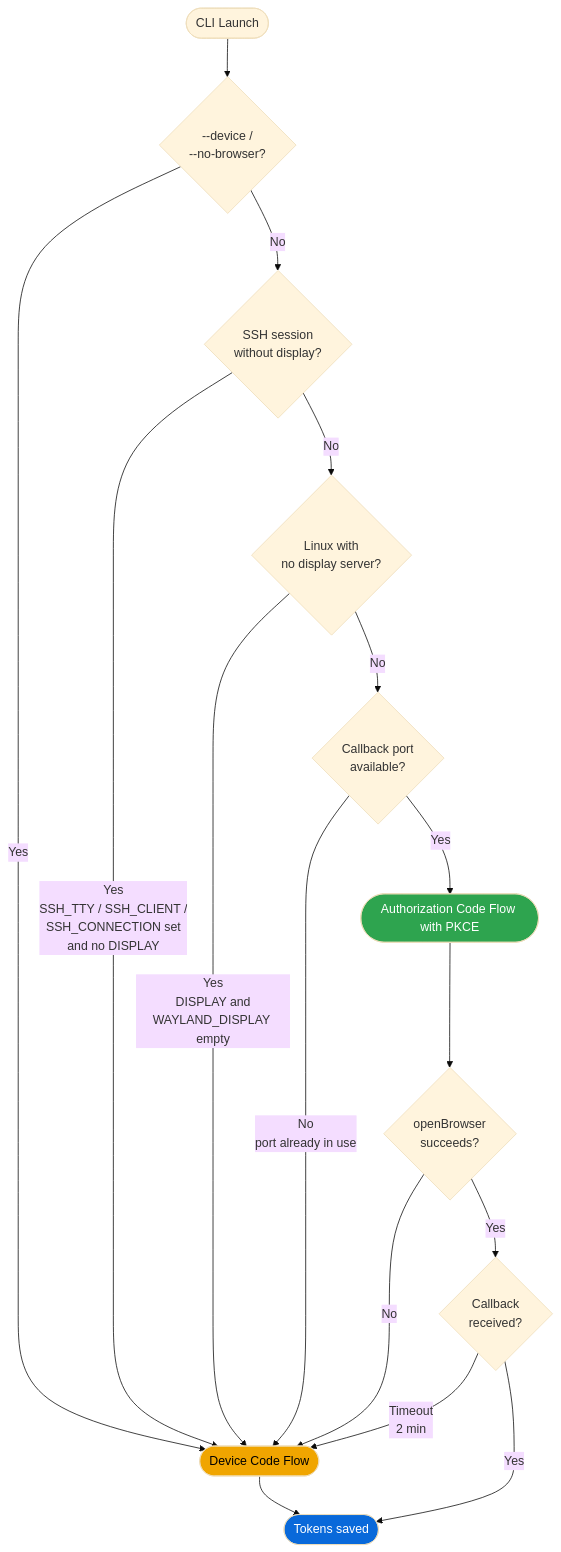
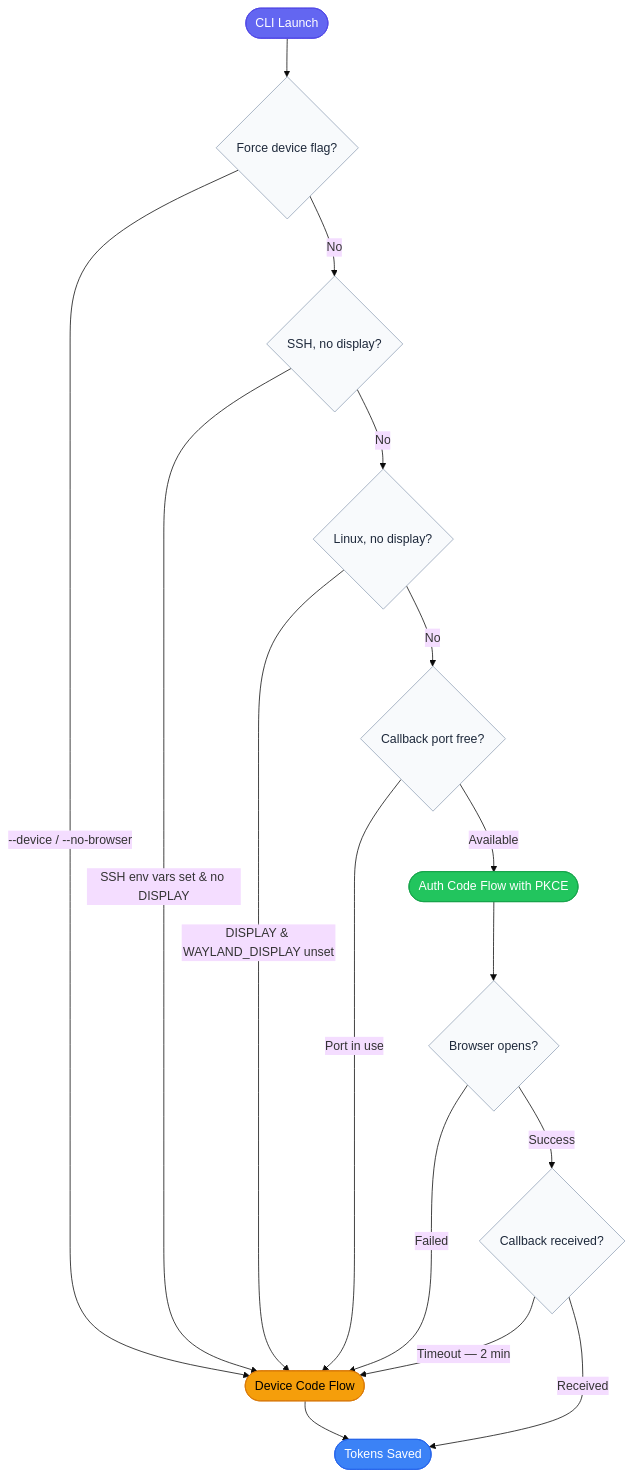
Before and after one commit to go-authgate/cli: the diagram in README.md, drawn with Mermaid (base theme). The commit also changed other lines of this file, not shown here.

Commit message:
docs: redesign project docs and flowchart for improved clarity
- Rename project header to "Authgate CLI"
- Redesign the mermaid flowchart with color-coded nodes and improved labeling for clarity
- Refactor decision points in the flowchart to be more explicit and organized
- Add visual styles and callbacks for clearer logic flow between device code and authorization code paths

````diff
--- a/README.md
+++ b/README.md
@@ -10,28 +10,31 @@
 ```mermaid
 flowchart TD
-    A([CLI Launch]) --> B{--device /\n--no-browser?}
+    classDef start   fill:#6366f1,color:#fff,stroke:#4f46e5
+    classDef pkce    fill:#22c55e,color:#fff,stroke:#16a34a
+    classDef device  fill:#f59e0b,color:#000,stroke:#d97706
+    classDef done    fill:#3b82f6,color:#fff,stroke:#2563eb
+    classDef check   fill:#f8fafc,color:#1e293b,stroke:#94a3b8
 
-    B -- Yes --> Z([Device Code Flow])
+    START([CLI Launch]):::start --> FORCE_FLAG{Force device flag?}:::check
 
-    B -- No --> C{SSH session\nwithout display?}
-    C -- Yes\nSSH_TTY / SSH_CLIENT /\nSSH_CONNECTION set\nand no DISPLAY --> Z
+    FORCE_FLAG -->|"--device / --no-browser"| DEVICE([Device Code Flow]):::device
+    FORCE_FLAG -->|No| SSH{SSH, no display?}:::check
 
-    C -- No --> D{Linux with\nno display server?}
-    D -- Yes\nDISPLAY and\nWAYLAND_DISPLAY empty --> Z
+    SSH -->|"SSH env vars set & no DISPLAY"| DEVICE
+    SSH -->|No| LINUX{Linux, no display?}:::check
 
-    D -- No --> E{Callback port\navailable?}
-    E -- No\nport already in use --> Z
+    LINUX -->|"DISPLAY & WAYLAND_DISPLAY unset"| DEVICE
+    LINUX -->|No| PORT{Callback port free?}:::check
 
-    E -- Yes --> F([Authorization Code Flow with PKCE])
-    F --> G{openBrowser\nsucceeds?}
-    G -- No --> Z
-    G -- Yes --> H{Callback\nreceived?}
-    H -- Timeout\n2 min --> Z
-    H -- Yes --> I([Tokens saved])
+    PORT -->|Port in use| DEVICE
+    PORT -->|Available| PKCE([Auth Code Flow with PKCE]):::pkce
 
-    Z --> I
+    PKCE --> BROWSER{Browser opens?}:::check
+    BROWSER -->|Failed| DEVICE
+    BROWSER -->|Success| CALLBACK{Callback received?}:::check
 
-    style Z fill:#f0a500,color:#000
-    style F fill:#2ea44f,color:#fff
-    style I fill:#0969da,color:#fff
+    CALLBACK -->|"Timeout — 2 min"| DEVICE
+    CALLBACK -->|Received| DONE([Tokens Saved]):::done
+
+    DEVICE --> DONE
 ```
````
